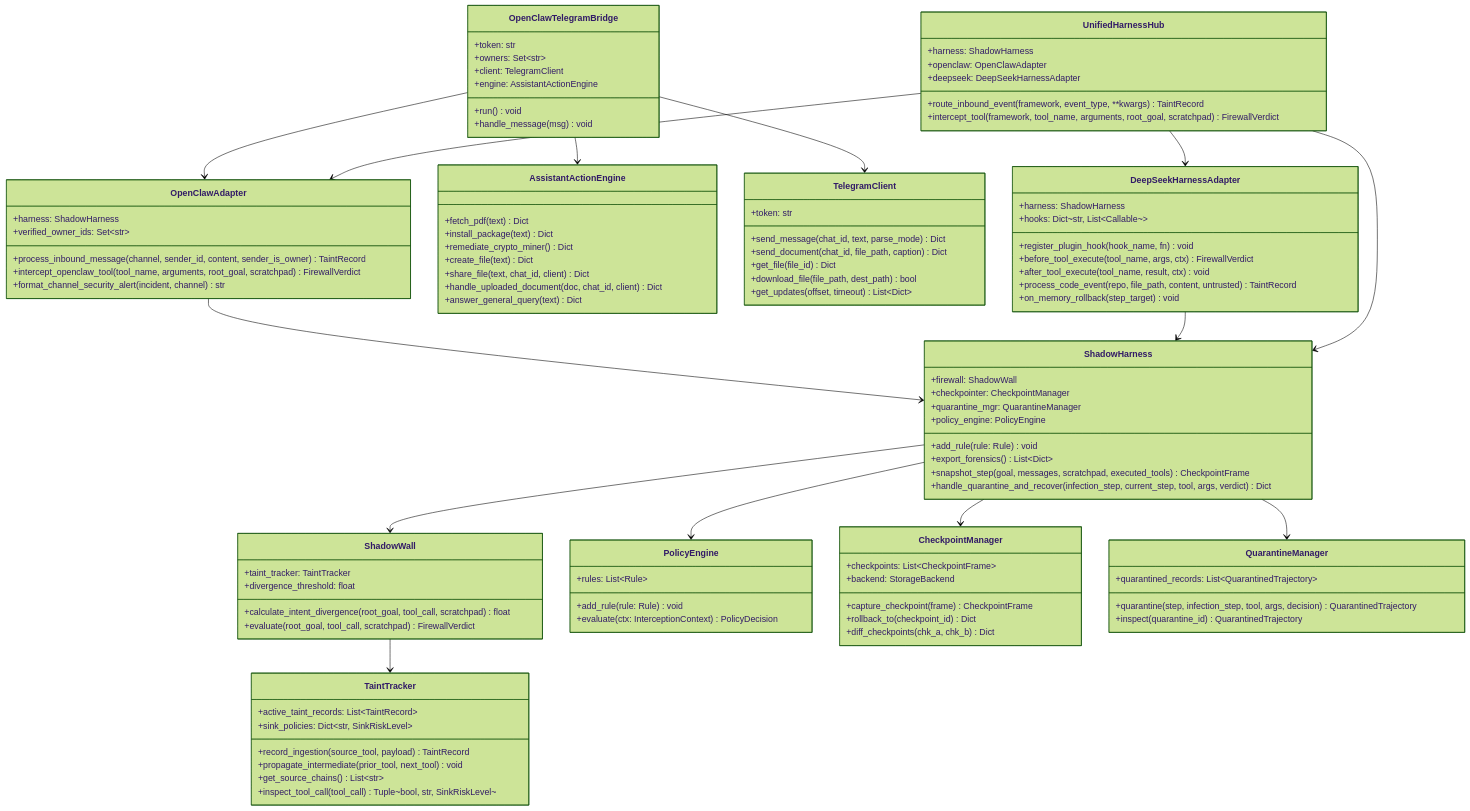
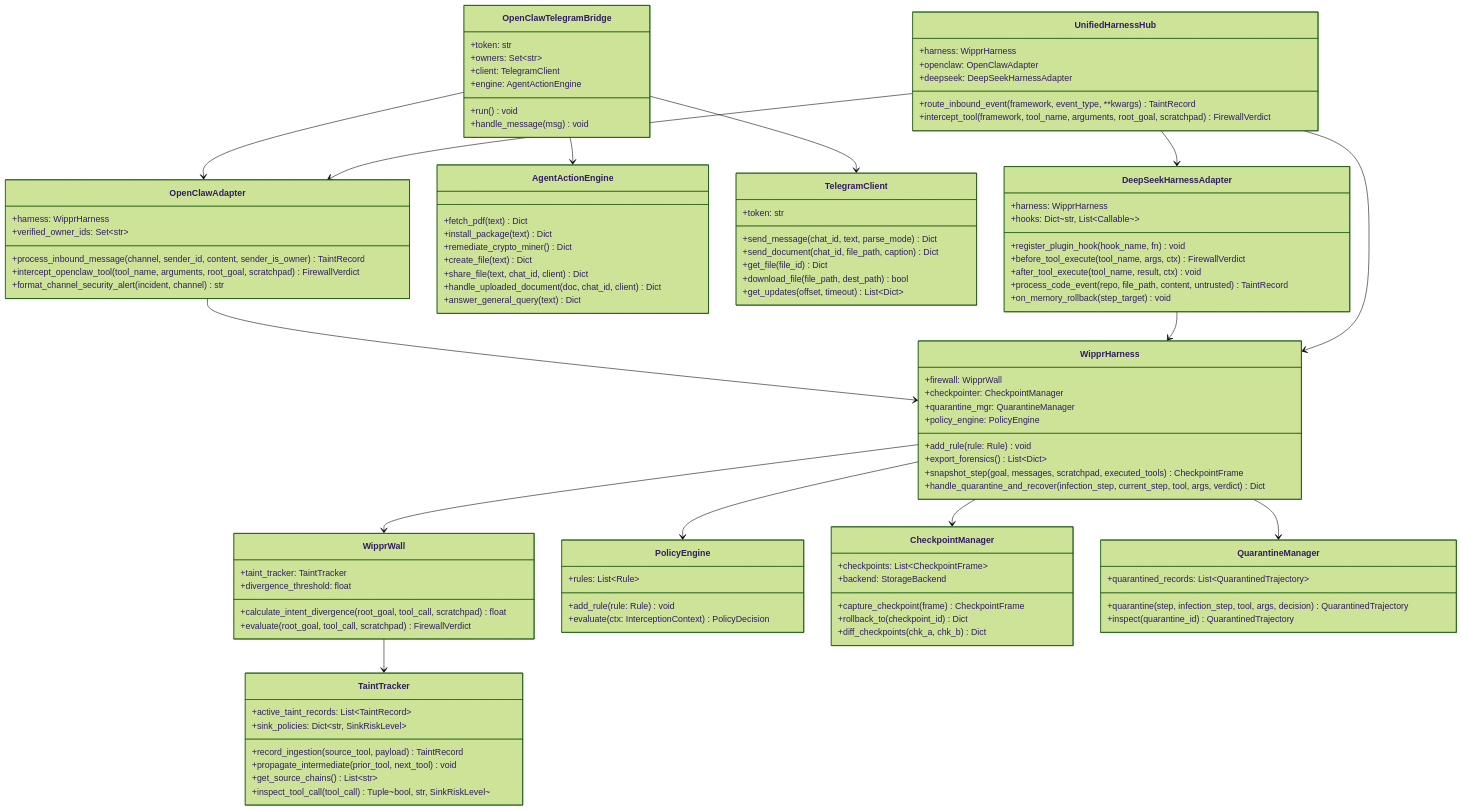
Before and after one commit to Hacker2022-web/hacktober_fest_NST: the second of 4 diagrams in TRD.md, drawn with Mermaid (forest theme). The commit also changed other lines of this file and 82 other files, not shown here.

Commit message:
feat(wippr): restructure into unified package with persistent runtime, openclaw plugin, and showcase

````diff
--- a/TRD.md
+++ b/TRD.md
@@ -73,7 +73,7 @@
 ```mermaid
 classDiagram
-    class ShadowHarness {
-        +firewall: ShadowWall
+    class WipprHarness {
+        +firewall: WipprWall
         +checkpointer: CheckpointManager
         +quarantine_mgr: QuarantineManager
         +policy_engine: PolicyEngine
@@ -83,7 +83,7 @@
         +handle_quarantine_and_recover(infection_step, current_step, tool, args, verdict) Dict
     }
 
-    class ShadowWall {
+    class WipprWall {
         +taint_tracker: TaintTracker
         +divergence_threshold: float
         +calculate_intent_divergence(root_goal, tool_call, scratchpad) float
@@ -120,7 +120,7 @@
     }
 
     class OpenClawAdapter {
-        +harness: ShadowHarness
+        +harness: WipprHarness
         +verified_owner_ids: Set~str~
         +process_inbound_message(channel, sender_id, content, sender_is_owner) TaintRecord
         +intercept_openclaw_tool(tool_name, arguments, root_goal, scratchpad) FirewallVerdict
@@ -131,12 +131,12 @@
         +token: str
         +owners: Set~str~
         +client: TelegramClient
-        +engine: AssistantActionEngine
+        +engine: AgentActionEngine
         +run() void
         +handle_message(msg) void
     }
 
-    class AssistantActionEngine {
+    class AgentActionEngine {
         +fetch_pdf(text) Dict
         +install_package(text) Dict
         +remediate_crypto_miner() Dict
@@ -156,7 +156,7 @@
     }
 
     class DeepSeekHarnessAdapter {
-        +harness: ShadowHarness
+        +harness: WipprHarness
         +hooks: Dict~str, List~Callable~~
         +register_plugin_hook(hook_name, fn) void
         +before_tool_execute(tool_name, args, ctx) FirewallVerdict
@@ -166,24 +166,24 @@
     }
 
     class UnifiedHarnessHub {
-        +harness: ShadowHarness
+        +harness: WipprHarness
         +openclaw: OpenClawAdapter
         +deepseek: DeepSeekHarnessAdapter
         +route_inbound_event(framework, event_type, **kwargs) TaintRecord
         +intercept_tool(framework, tool_name, arguments, root_goal, scratchpad) FirewallVerdict
     }
 
-    ShadowHarness --> ShadowWall
-    ShadowHarness --> CheckpointManager
-    ShadowHarness --> QuarantineManager
-    ShadowHarness --> PolicyEngine
-    ShadowWall --> TaintTracker
-    OpenClawAdapter --> ShadowHarness
+    WipprHarness --> WipprWall
+    WipprHarness --> CheckpointManager
+    WipprHarness --> QuarantineManager
+    WipprHarness --> PolicyEngine
+    WipprWall --> TaintTracker
+    OpenClawAdapter --> WipprHarness
     OpenClawTelegramBridge --> OpenClawAdapter
     OpenClawTelegramBridge --> TelegramClient
-    OpenClawTelegramBridge --> AssistantActionEngine
-    DeepSeekHarnessAdapter --> ShadowHarness
-    UnifiedHarnessHub --> ShadowHarness
+    OpenClawTelegramBridge --> AgentActionEngine
+    DeepSeekHarnessAdapter --> WipprHarness
+    UnifiedHarnessHub --> WipprHarness
     UnifiedHarnessHub --> OpenClawAdapter
     UnifiedHarnessHub --> DeepSeekHarnessAdapter
 ```
````
